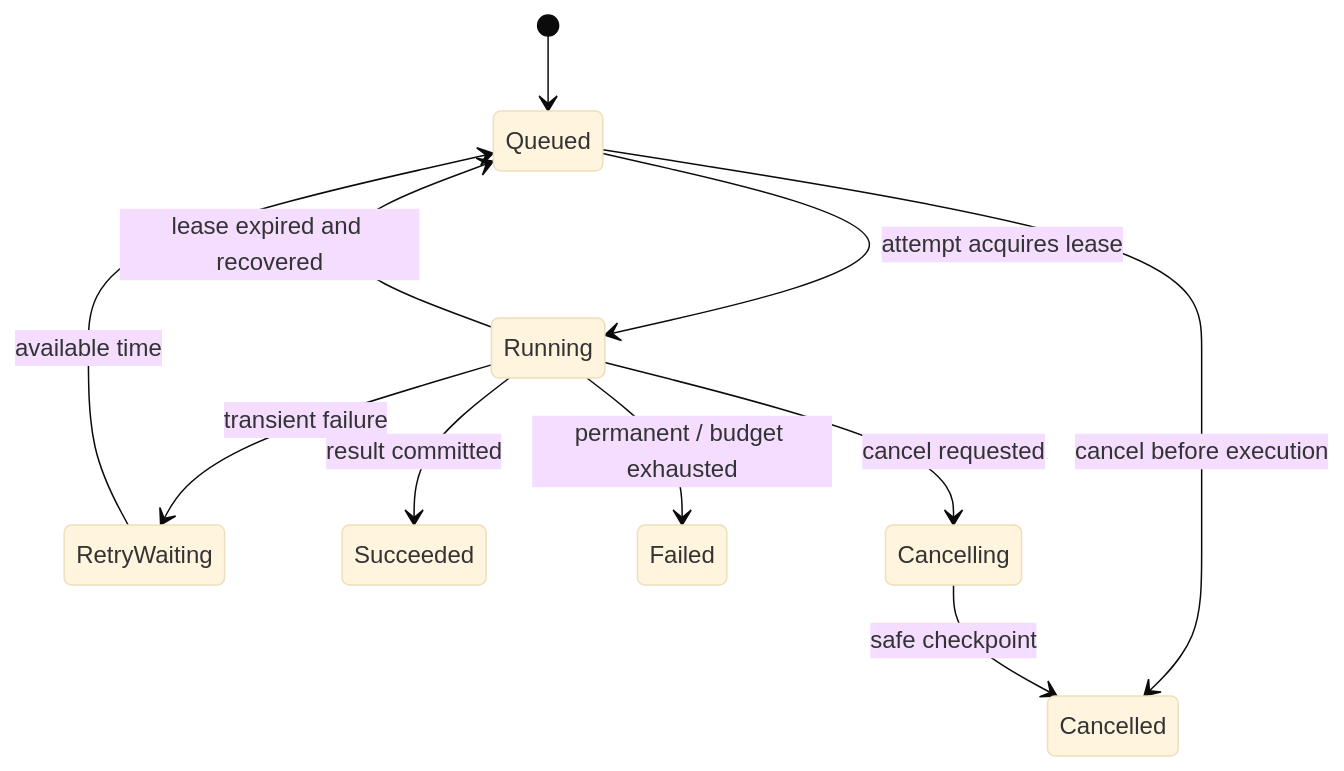
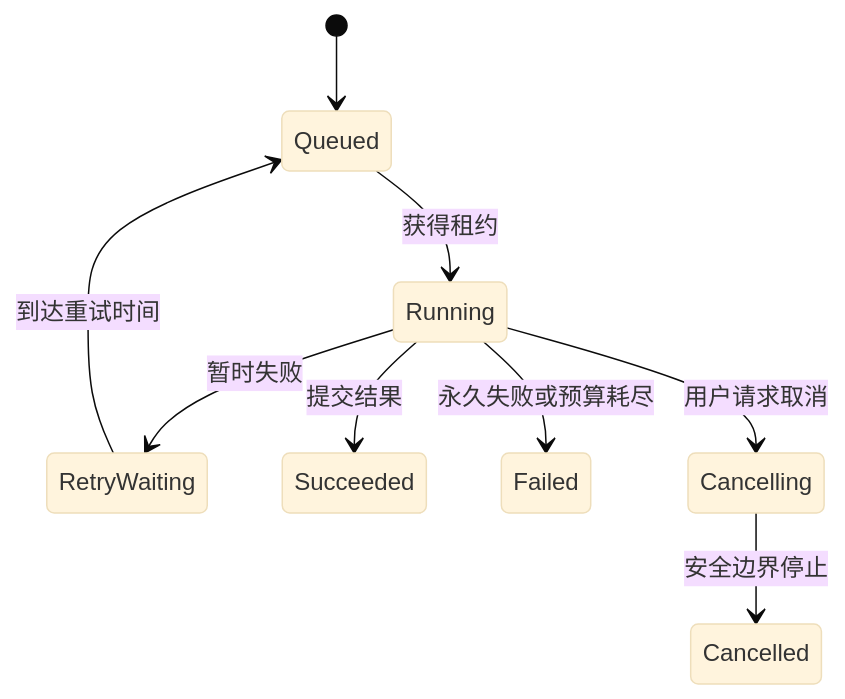
The diagram in docs/architecture/async-task-lifecycle.md (upJiang/jiang-blog-vitepress), drawn with Mermaid (base theme) before and after one commit. The commit also changed other lines of this file and 164 other files, not shown here.

````diff
--- a/docs/architecture/async-task-lifecycle.md
+++ b/docs/architecture/async-task-lifecycle.md
@@ -45,13 +29,11 @@
 ```mermaid
 stateDiagram-v2
   [*] --> Queued
-  Queued --> Running: attempt acquires lease
-  Running --> RetryWaiting: transient failure
-  RetryWaiting --> Queued: available time
-  Running --> Succeeded: result committed
-  Running --> Failed: permanent / budget exhausted
-  Queued --> Cancelled: cancel before execution
-  Running --> Cancelling: cancel requested
-  Cancelling --> Cancelled: safe checkpoint
-  Running --> Queued: lease expired and recovered
+  Queued --> Running: 获得租约
+  Running --> RetryWaiting: 暂时失败
+  RetryWaiting --> Queued: 到达重试时间
+  Running --> Succeeded: 提交结果
+  Running --> Failed: 永久失败或预算耗尽
+  Running --> Cancelling: 用户请求取消
+  Cancelling --> Cancelled: 安全边界停止
 ```
````
